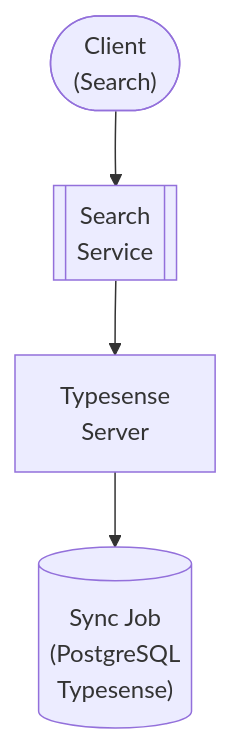
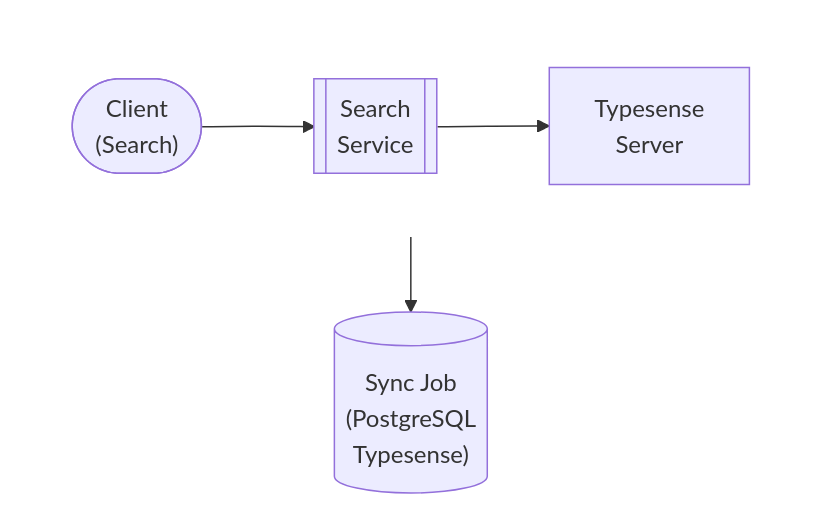
One commit to lusoris/revenge changed the diagram in docs/dev/design/integrations/infrastructure/TYPESENSE.md. Above: the diagram before and after it, drawn with Mermaid. The commit also changed 210 other files, not shown here.

First line of the commit message:
feat(docs): Add horizontal layout support for Mermaid diagrams

````diff
--- a/docs/dev/design/integrations/infrastructure/TYPESENSE.md
+++ b/docs/dev/design/integrations/infrastructure/TYPESENSE.md
@@ -59,10 +59,16 @@
 ```mermaid
 flowchart TD
-    node1(["Client<br/>(Search)"])
-    node2[["Search<br/>Service"]]
-    node3["Typesense<br/>Server"]
+    subgraph row1[ ]
+        direction LR
+        node1(["Client<br/>(Search)"])
+        node2[["Search<br/>Service"]]
+        node3["Typesense<br/>Server"]
+    end
     node4[("Sync Job<br/>(PostgreSQL<br/>Typesense)")]
     node1 --> node2
     node2 --> node3
     node3 --> node4
+
+    %% Hide row subgraph borders
+    style row1 fill:transparent,stroke:transparent
 ```
````
